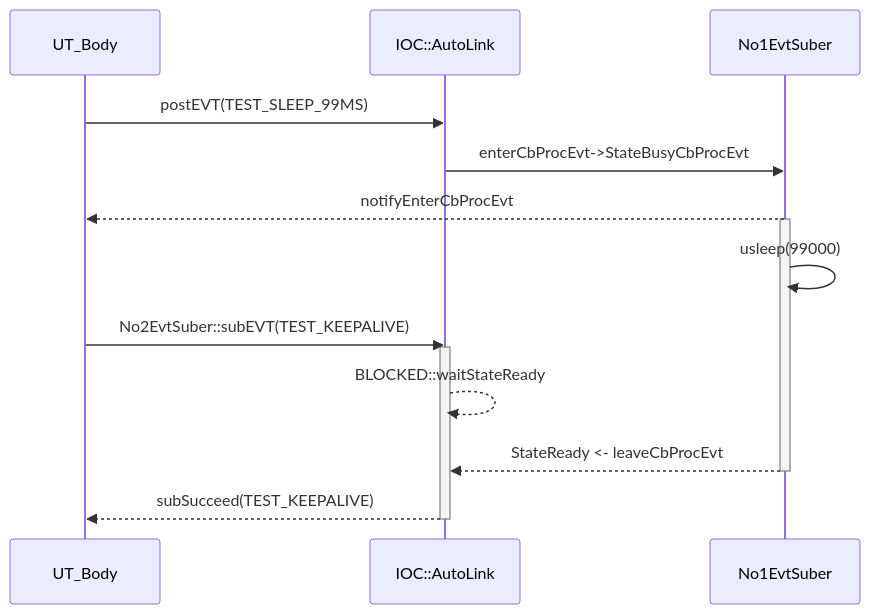
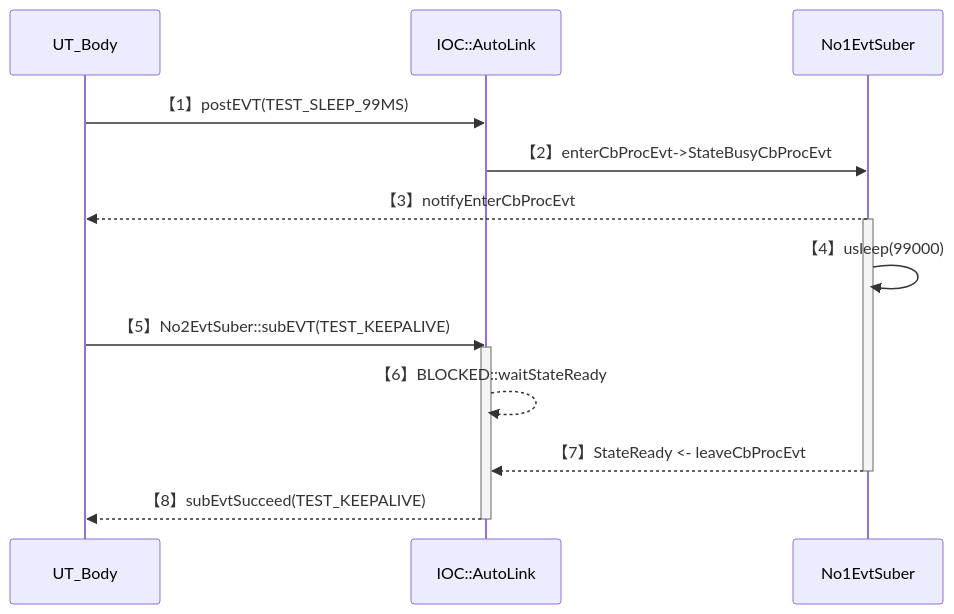
The second of 2 diagrams in Test/UT_ConlesEventState.md (EnigmaWU/MyIOC_inTDD_withGHC), drawn with Mermaid before and after one commit. The commit also changed 1 other file, not shown here.

Commit message:
Refactoring UT_ConlesEventState

````diff
--- a/Test/UT_ConlesEventState.md
+++ b/Test/UT_ConlesEventState.md
@@ -37,25 +37,25 @@
 ```mermaid
 sequenceDiagram
     participant UTB as UT_Body
     participant IOC as IOC::AutoLink
     participant No1Suber as No1EvtSuber
 
-    UTB->>IOC: postEVT(TEST_SLEEP_99MS)
-    IOC->>No1Suber: enterCbProcEvt->StateBusyCbProcEvt
+    UTB->>IOC: 【1】postEVT(TEST_SLEEP_99MS)
+    IOC->>No1Suber: 【2】enterCbProcEvt->StateBusyCbProcEvt
 
-    No1Suber -->> UTB: notifyEnterCbProcEvt
+    No1Suber -->> UTB: 【3】notifyEnterCbProcEvt
 
     activate No1Suber
-    No1Suber->>No1Suber: usleep(99000)
+    No1Suber->>No1Suber: 【4】usleep(99000)
 
-    UTB ->> IOC: No2EvtSuber::subEVT(TEST_KEEPALIVE)
+    UTB ->> IOC: 【5】No2EvtSuber::subEVT(TEST_KEEPALIVE)
     activate IOC
-    IOC -->> IOC: BLOCKED::waitStateReady
+    IOC -->> IOC: 【6】BLOCKED::waitStateReady
 
-    No1Suber -->> IOC: StateReady <- leaveCbProcEvt
+    No1Suber -->> IOC: 【7】StateReady <- leaveCbProcEvt
     deactivate No1Suber
 
-    IOC -->> UTB: subSucceed(TEST_KEEPALIVE)
+    IOC -->> UTB: 【8】subEvtSucceed(TEST_KEEPALIVE)
     deactivate IOC
 
 ```
````
